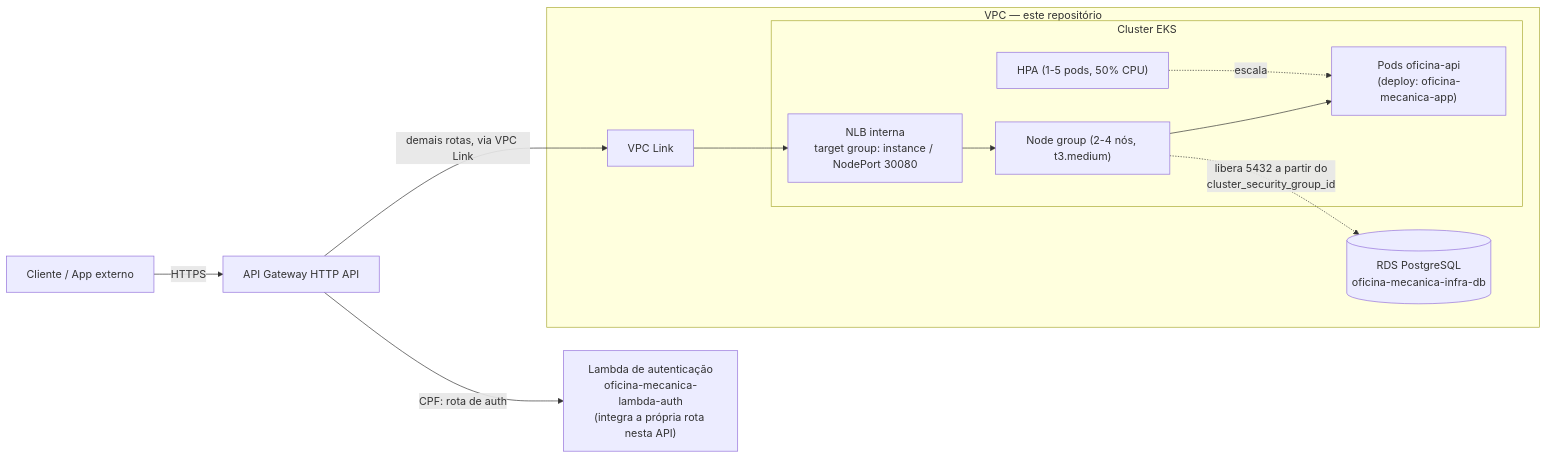
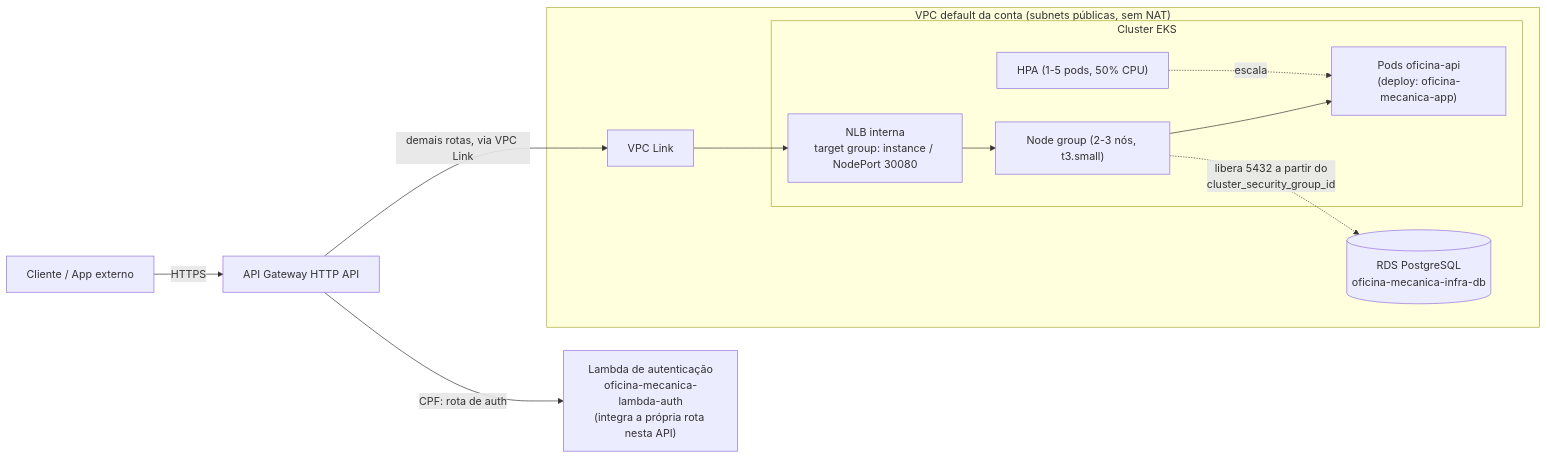
Before and after one commit to gabrielMauad/oficina-mecanica-infra-k8s: the diagram in README.md, drawn with Mermaid. The commit also changed other lines of this file and 7 other files, not shown here.

First line of the commit message:
fix: simplifica rede e node group para caber na conta AWS Academy

````diff
--- a/README.md
+++ b/README.md
@@ -54,17 +56,17 @@
 ```mermaid
 flowchart LR
     Client[Cliente / App externo] -->|HTTPS| GW[API Gateway HTTP API]
     GW -->|CPF: rota de auth| LAMBDA["Lambda de autenticação<br/>oficina-mecanica-lambda-auth<br/>(integra a própria rota nesta API)"]
     GW -->|demais rotas, via VPC Link| VPCLINK[VPC Link]
 
-    subgraph VPC["VPC — este repositório"]
+    subgraph VPC["VPC default da conta (subnets públicas, sem NAT)"]
         VPCLINK --> NLB["NLB interna<br/>target group: instance / NodePort 30080"]
         subgraph EKS["Cluster EKS"]
-            NG["Node group (2-4 nós, t3.medium)"]
+            NG["Node group (2-3 nós, t3.small)"]
             NLB --> NG
             NG --> PODS["Pods oficina-api<br/>(deploy: oficina-mecanica-app)"]
             HPA["HPA (1-5 pods, 50% CPU)"] -.escala.-> PODS
         end
         NG -.libera 5432 a partir do<br/>cluster_security_group_id.-> RDS[("RDS PostgreSQL<br/>oficina-mecanica-infra-db")]
     end
 ```
````
